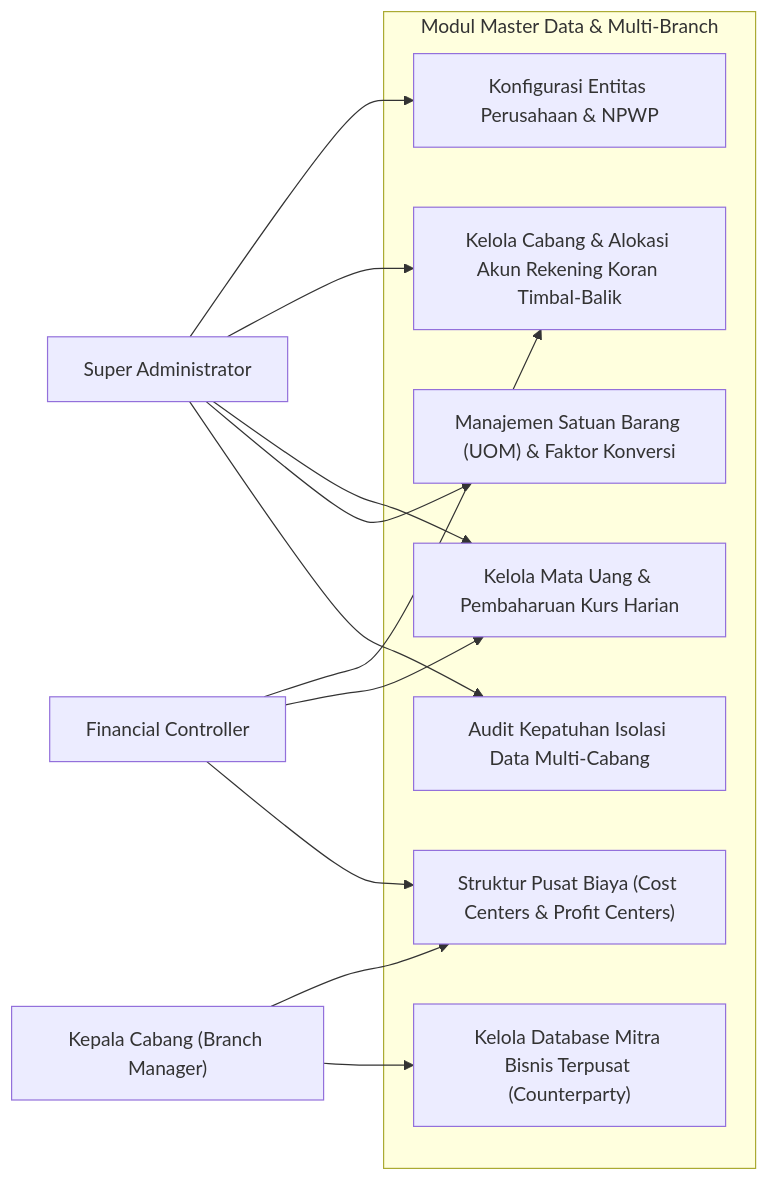
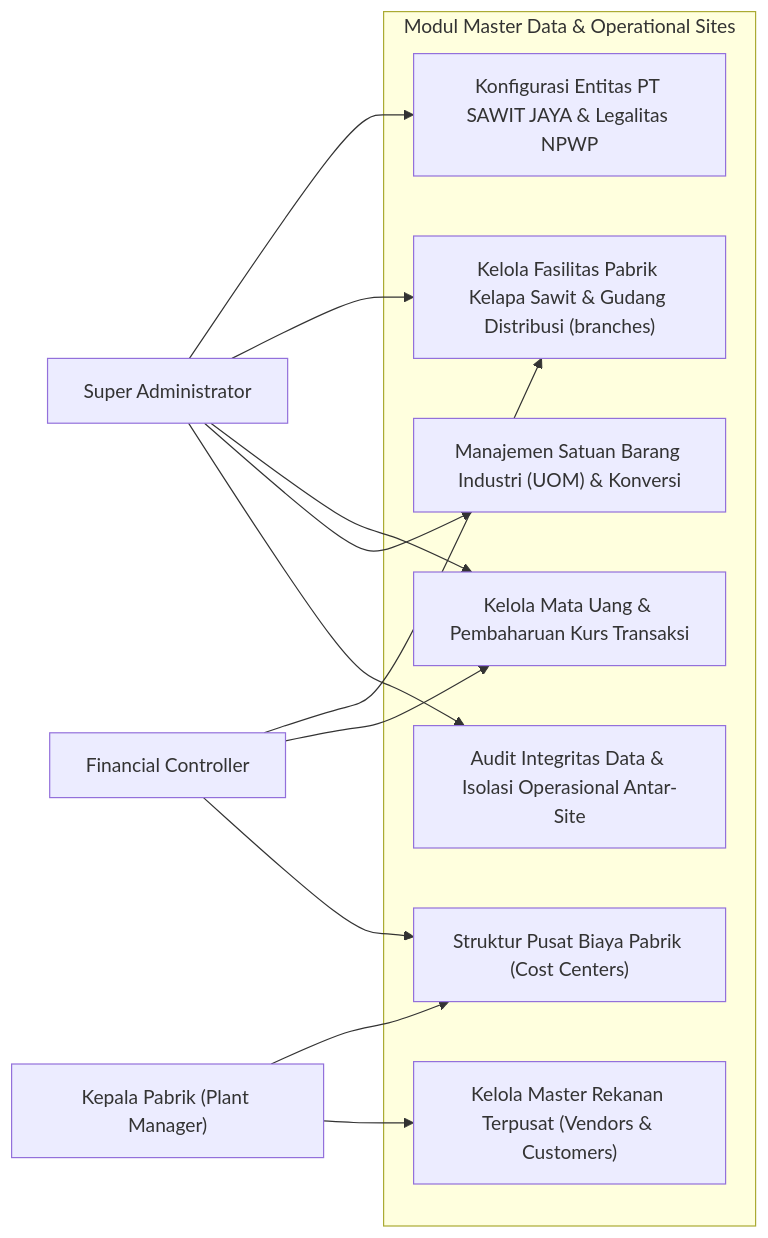
One commit to Vall-Here/mnf-erp-nextjs-golang changed the first of 4 diagrams in sdd/15_master_data_sdd.md. Above: the diagram before and after it, drawn with Mermaid. The commit also changed other lines of this file and 10 other files, not shown here.

````diff
--- a/sdd/15_master_data_sdd.md
+++ b/sdd/15_master_data_sdd.md
@@ -13,29 +13,29 @@
 ```mermaid
 flowchart LR
     SysAdmin["Super Administrator"]
-    BranchMgr["Kepala Cabang (Branch Manager)"]
+    PlantMgr["Kepala Pabrik (Plant Manager)"]
     FinController["Financial Controller"]
 
-    subgraph MasterModule ["Modul Master Data & Multi-Branch"]
-        UC1["Konfigurasi Entitas Perusahaan & NPWP"]
-        UC2["Kelola Cabang & Alokasi Akun Rekening Koran Timbal-Balik"]
-        UC3["Kelola Mata Uang & Pembaharuan Kurs Harian"]
-        UC4["Manajemen Satuan Barang (UOM) & Faktor Konversi"]
-        UC5["Struktur Pusat Biaya (Cost Centers & Profit Centers)"]
-        UC6["Kelola Database Mitra Bisnis Terpusat (Counterparty)"]
-        UC7["Audit Kepatuhan Isolasi Data Multi-Cabang"]
+    subgraph MasterModule ["Modul Master Data & Operational Sites"]
+        UC1["Konfigurasi Entitas PT SAWIT JAYA & Legalitas NPWP"]
+        UC2["Kelola Fasilitas Pabrik Kelapa Sawit & Gudang Distribusi (branches)"]
+        UC3["Kelola Mata Uang & Pembaharuan Kurs Transaksi"]
+        UC4["Manajemen Satuan Barang Industri (UOM) & Konversi"]
+        UC5["Struktur Pusat Biaya Pabrik (Cost Centers)"]
+        UC6["Kelola Master Rekanan Terpusat (Vendors & Customers)"]
+        UC7["Audit Integritas Data & Isolasi Operasional Antar-Site"]
     end
 
     SysAdmin --> UC1
     SysAdmin --> UC2
     SysAdmin --> UC3
     SysAdmin --> UC4
     SysAdmin --> UC7
 
-    BranchMgr --> UC5
-    BranchMgr --> UC6
+    PlantMgr --> UC5
+    PlantMgr --> UC6
 
     FinController --> UC2
     FinController --> UC3
     FinController --> UC5
 ```
````
